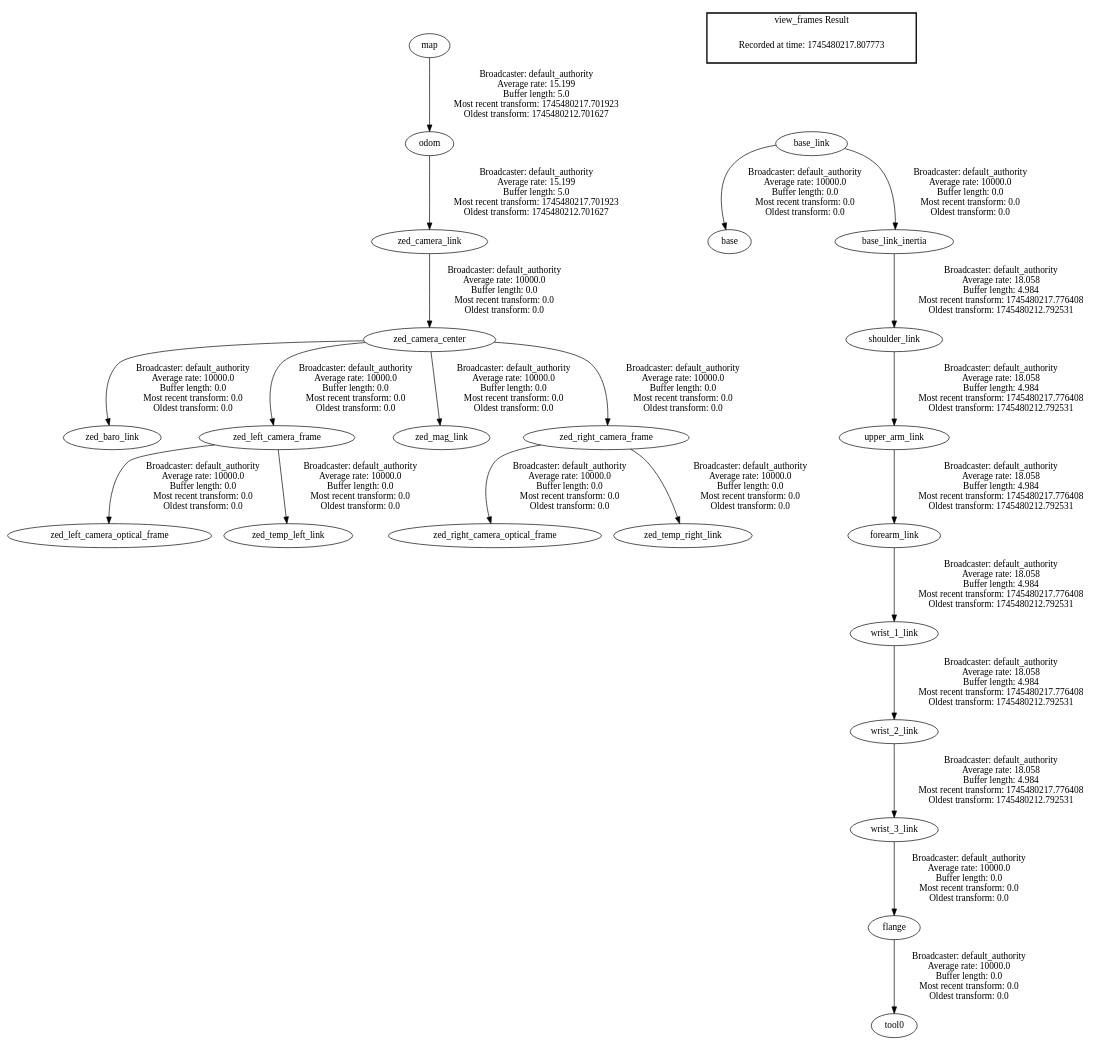
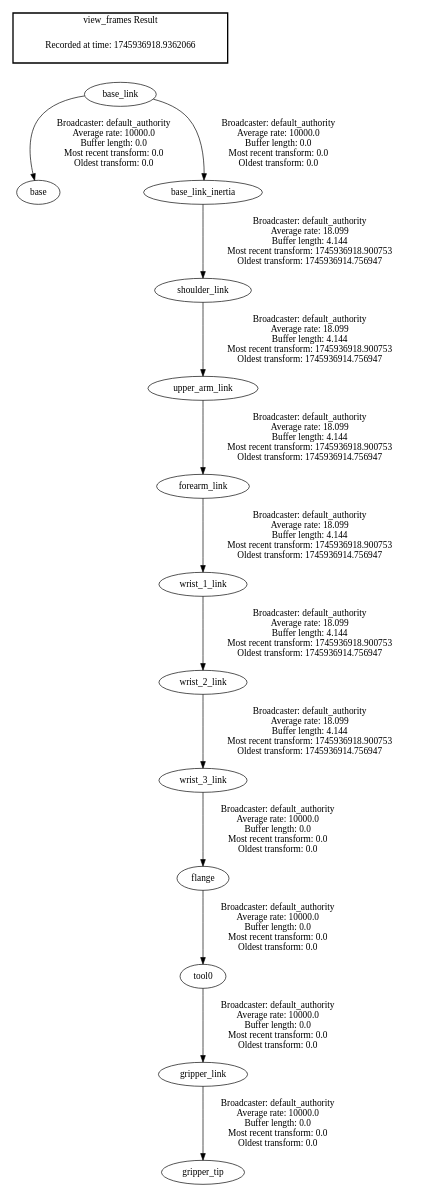
One commit to alam121/date-harvesting-manipulation changed the diagram in frames.gv. Above: the diagram before and after it, drawn with Graphviz. The commit also changed 6 other files, not shown here.

```diff
--- a/frames.gv
+++ b/frames.gv
@@ -1,27 +1,18 @@
 digraph G {
-"odom" -> "zed_camera_link"[label=" Broadcaster: default_authority\nAverage rate: 15.199\nBuffer length: 5.0\nMost recent transform: 1745480217.701923\nOldest transform: 1745480212.701627\n"];
-"map" -> "odom"[label=" Broadcaster: default_authority\nAverage rate: 15.199\nBuffer length: 5.0\nMost recent transform: 1745480217.701923\nOldest transform: 1745480212.701627\n"];
-"zed_camera_center" -> "zed_baro_link"[label=" Broadcaster: default_authority\nAverage rate: 10000.0\nBuffer length: 0.0\nMost recent transform: 0.0\nOldest transform: 0.0\n"];
-"zed_camera_link" -> "zed_camera_center"[label=" Broadcaster: default_authority\nAverage rate: 10000.0\nBuffer length: 0.0\nMost recent transform: 0.0\nOldest transform: 0.0\n"];
-"zed_camera_center" -> "zed_left_camera_frame"[label=" Broadcaster: default_authority\nAverage rate: 10000.0\nBuffer length: 0.0\nMost recent transform: 0.0\nOldest transform: 0.0\n"];
-"zed_left_camera_frame" -> "zed_left_camera_optical_frame"[label=" Broadcaster: default_authority\nAverage rate: 10000.0\nBuffer length: 0.0\nMost recent transform: 0.0\nOldest transform: 0.0\n"];
-"zed_camera_center" -> "zed_mag_link"[label=" Broadcaster: default_authority\nAverage rate: 10000.0\nBuffer length: 0.0\nMost recent transform: 0.0\nOldest transform: 0.0\n"];
-"zed_camera_center" -> "zed_right_camera_frame"[label=" Broadcaster: default_authority\nAverage rate: 10000.0\nBuffer length: 0.0\nMost recent transform: 0.0\nOldest transform: 0.0\n"];
-"zed_right_camera_frame" -> "zed_right_camera_optical_frame"[label=" Broadcaster: default_authority\nAverage rate: 10000.0\nBuffer length: 0.0\nMost recent transform: 0.0\nOldest transform: 0.0\n"];
-"zed_left_camera_frame" -> "zed_temp_left_link"[label=" Broadcaster: default_authority\nAverage rate: 10000.0\nBuffer length: 0.0\nMost recent transform: 0.0\nOldest transform: 0.0\n"];
-"zed_right_camera_frame" -> "zed_temp_right_link"[label=" Broadcaster: default_authority\nAverage rate: 10000.0\nBuffer length: 0.0\nMost recent transform: 0.0\nOldest transform: 0.0\n"];
 "base_link" -> "base"[label=" Broadcaster: default_authority\nAverage rate: 10000.0\nBuffer length: 0.0\nMost recent transform: 0.0\nOldest transform: 0.0\n"];
 "base_link" -> "base_link_inertia"[label=" Broadcaster: default_authority\nAverage rate: 10000.0\nBuffer length: 0.0\nMost recent transform: 0.0\nOldest transform: 0.0\n"];
 "flange" -> "tool0"[label=" Broadcaster: default_authority\nAverage rate: 10000.0\nBuffer length: 0.0\nMost recent transform: 0.0\nOldest transform: 0.0\n"];
 "wrist_3_link" -> "flange"[label=" Broadcaster: default_authority\nAverage rate: 10000.0\nBuffer length: 0.0\nMost recent transform: 0.0\nOldest transform: 0.0\n"];
-"wrist_2_link" -> "wrist_3_link"[label=" Broadcaster: default_authority\nAverage rate: 18.058\nBuffer length: 4.984\nMost recent transform: 1745480217.776408\nOldest transform: 1745480212.792531\n"];
-"upper_arm_link" -> "forearm_link"[label=" Broadcaster: default_authority\nAverage rate: 18.058\nBuffer length: 4.984\nMost recent transform: 1745480217.776408\nOldest transform: 1745480212.792531\n"];
-"shoulder_link" -> "upper_arm_link"[label=" Broadcaster: default_authority\nAverage rate: 18.058\nBuffer length: 4.984\nMost recent transform: 1745480217.776408\nOldest transform: 1745480212.792531\n"];
-"base_link_inertia" -> "shoulder_link"[label=" Broadcaster: default_authority\nAverage rate: 18.058\nBuffer length: 4.984\nMost recent transform: 1745480217.776408\nOldest transform: 1745480212.792531\n"];
-"forearm_link" -> "wrist_1_link"[label=" Broadcaster: default_authority\nAverage rate: 18.058\nBuffer length: 4.984\nMost recent transform: 1745480217.776408\nOldest transform: 1745480212.792531\n"];
-"wrist_1_link" -> "wrist_2_link"[label=" Broadcaster: default_authority\nAverage rate: 18.058\nBuffer length: 4.984\nMost recent transform: 1745480217.776408\nOldest transform: 1745480212.792531\n"];
+"gripper_link" -> "gripper_tip"[label=" Broadcaster: default_authority\nAverage rate: 10000.0\nBuffer length: 0.0\nMost recent transform: 0.0\nOldest transform: 0.0\n"];
+"tool0" -> "gripper_link"[label=" Broadcaster: default_authority\nAverage rate: 10000.0\nBuffer length: 0.0\nMost recent transform: 0.0\nOldest transform: 0.0\n"];
+"wrist_2_link" -> "wrist_3_link"[label=" Broadcaster: default_authority\nAverage rate: 18.099\nBuffer length: 4.144\nMost recent transform: 1745936918.900753\nOldest transform: 1745936914.756947\n"];
+"upper_arm_link" -> "forearm_link"[label=" Broadcaster: default_authority\nAverage rate: 18.099\nBuffer length: 4.144\nMost recent transform: 1745936918.900753\nOldest transform: 1745936914.756947\n"];
+"shoulder_link" -> "upper_arm_link"[label=" Broadcaster: default_authority\nAverage rate: 18.099\nBuffer length: 4.144\nMost recent transform: 1745936918.900753\nOldest transform: 1745936914.756947\n"];
+"base_link_inertia" -> "shoulder_link"[label=" Broadcaster: default_authority\nAverage rate: 18.099\nBuffer length: 4.144\nMost recent transform: 1745936918.900753\nOldest transform: 1745936914.756947\n"];
+"forearm_link" -> "wrist_1_link"[label=" Broadcaster: default_authority\nAverage rate: 18.099\nBuffer length: 4.144\nMost recent transform: 1745936918.900753\nOldest transform: 1745936914.756947\n"];
+"wrist_1_link" -> "wrist_2_link"[label=" Broadcaster: default_authority\nAverage rate: 18.099\nBuffer length: 4.144\nMost recent transform: 1745936918.900753\nOldest transform: 1745936914.756947\n"];
 edge [style=invis];
  subgraph cluster_legend { style=bold; color=black; label ="view_frames Result";
-"Recorded at time: 1745480217.807773"[ shape=plaintext ] ;
+"Recorded at time: 1745936918.9362066"[ shape=plaintext ] ;
 }->"base_link";
 }
```
